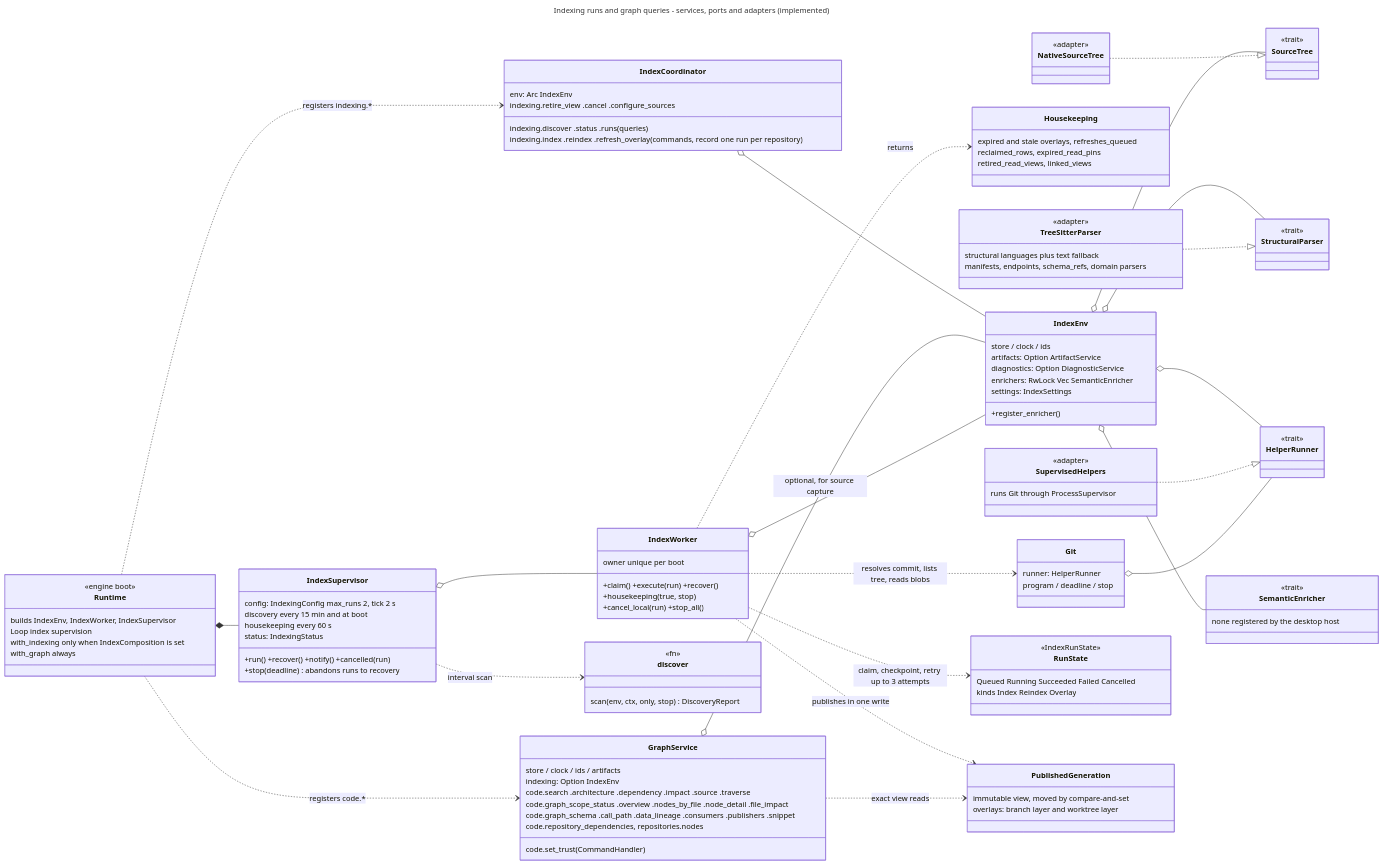
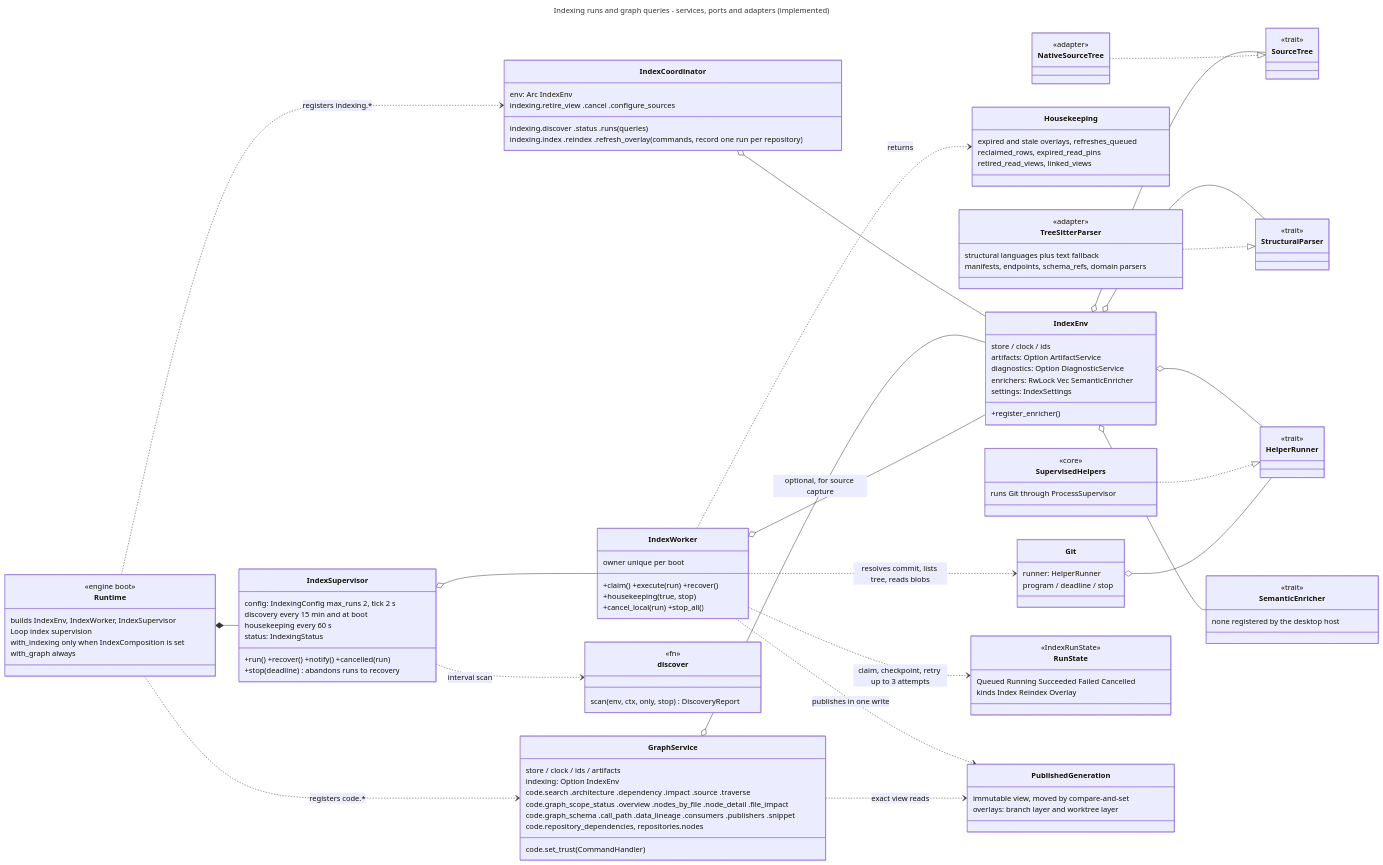
One commit to SceneWorks/DevWorks changed the diagram in docs/architecture/visual/20-indexing-and-graph.mmd. Above: the diagram before and after it, drawn with Mermaid. The commit also changed 2 other files, not shown here.

Commit message:
Fix diagram annotations, tags and source paths from review

```diff
--- a/docs/architecture/visual/20-indexing-and-graph.mmd
+++ b/docs/architecture/visual/20-indexing-and-graph.mmd
@@ -1,109 +1,109 @@
 ---
 title: Indexing runs and graph queries - services, ports and adapters (implemented)
 ---
 classDiagram
   direction LR
   class IndexCoordinator {
     env: Arc IndexEnv
     indexing.discover .status .runs (queries)
     indexing.index .reindex .refresh_overlay (commands, record one run per repository)
     indexing.retire_view .cancel .configure_sources
   }
   class IndexEnv {
     store / clock / ids
     artifacts: Option ArtifactService
     diagnostics: Option DiagnosticService
     enrichers: RwLock Vec SemanticEnricher
     settings: IndexSettings
     +register_enricher()
   }
   class IndexWorker {
     owner unique per boot
     +claim() +execute(run) +recover()
     +housekeeping(true, stop)
     +cancel_local(run) +stop_all()
   }
   class Housekeeping {
     expired and stale overlays, refreshes_queued
     reclaimed_rows, expired_read_pins
     retired_read_views, linked_views
   }
   class discover {
     <<fn>>
     scan(env, ctx, only, stop) DiscoveryReport
   }
   class Git {
     runner: HelperRunner
     program / deadline / stop
   }
   class IndexSupervisor {
     config: IndexingConfig max_runs 2, tick 2 s
     discovery every 15 min and at boot
     housekeeping every 60 s
     +run() +recover() +notify() +cancelled(run)
     +stop(deadline) abandons runs to recovery
     status: IndexingStatus
   }
   class SourceTree { <<trait>> }
   class StructuralParser { <<trait>> }
   class SemanticEnricher {
     <<trait>>
     none registered by the desktop host
   }
   class HelperRunner { <<trait>> }
   class SupervisedHelpers {
-    <<adapter>>
+    <<core>>
     runs Git through ProcessSupervisor
   }
   class NativeSourceTree { <<adapter>> }
   class TreeSitterParser {
     <<adapter>>
     structural languages plus text fallback
     manifests, endpoints, schema_refs, domain parsers
   }
   class GraphService {
     store / clock / ids / artifacts
     indexing: Option IndexEnv
     code.search .architecture .dependency .impact .source .traverse
     code.graph_scope_status .overview .nodes_by_file .node_detail .file_impact
     code.graph_schema .call_path .data_lineage .consumers .publishers .snippet
     code.repository_dependencies, repositories.nodes
     code.set_trust (CommandHandler)
   }
   class RunState {
     <<IndexRunState>>
     Queued Running Succeeded Failed Cancelled
     kinds Index Reindex Overlay
   }
   class PublishedGeneration {
     immutable view, moved by compare-and-set
     overlays: branch layer and worktree layer
   }
   class Runtime {
     <<engine boot>>
     builds IndexEnv, IndexWorker, IndexSupervisor
     Loop index supervision
     with_indexing only when IndexComposition is set
     with_graph always
   }
   IndexCoordinator o-- IndexEnv
   GraphService o-- IndexEnv : optional, for source capture
   IndexEnv o-- SourceTree
   IndexEnv o-- StructuralParser
   IndexEnv o-- HelperRunner
   IndexEnv o-- SemanticEnricher
   NativeSourceTree ..|> SourceTree
   TreeSitterParser ..|> StructuralParser
   SupervisedHelpers ..|> HelperRunner
   IndexWorker o-- IndexEnv
   IndexWorker ..> RunState : claim, checkpoint, retry up to 3 attempts
   IndexWorker ..> Git : resolves commit, lists tree, reads blobs
   IndexWorker ..> Housekeeping : returns
   IndexWorker ..> PublishedGeneration : publishes in one write
   IndexSupervisor o-- IndexWorker
   IndexSupervisor ..> discover : interval scan
   Git o-- HelperRunner
   GraphService ..> PublishedGeneration : exact view reads
   Runtime *-- IndexSupervisor
   Runtime ..> IndexCoordinator : registers indexing.*
   Runtime ..> GraphService : registers code.*
```
